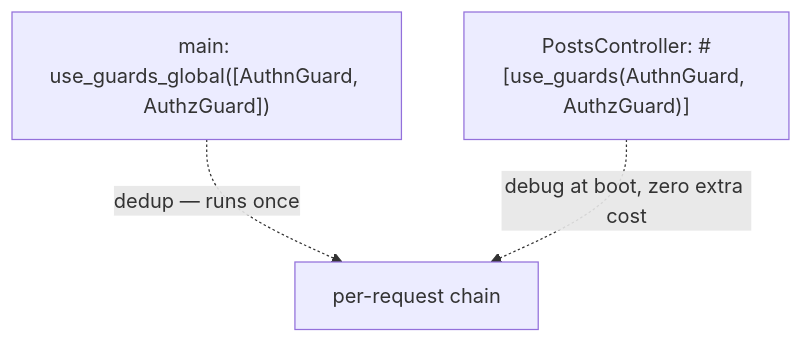
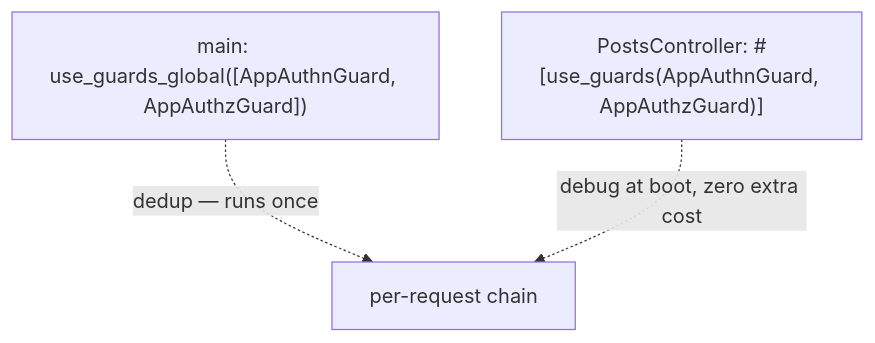
The fourth of 4 diagrams in docs/src/content/docs/fundamentals/guards.mdx (YV17labs/NestRS), drawn with Mermaid before and after one commit. The commit also changed other lines of this file and 84 other files, not shown here.

````diff
--- a/docs/src/content/docs/fundamentals/guards.mdx
+++ b/docs/src/content/docs/fundamentals/guards.mdx
@@ -373,7 +373,7 @@
 ```mermaid
 flowchart TB
-  MAIN["main: use_guards_global([AuthnGuard, AuthzGuard])"]
-  PC["PostsController: #[use_guards(AuthnGuard, AuthzGuard)]"]
+  MAIN["main: use_guards_global([AppAuthnGuard, AppAuthzGuard])"]
+  PC["PostsController: #[use_guards(AppAuthnGuard, AppAuthzGuard)]"]
   MAIN -. "dedup — runs once" .-> RUN[per-request chain]
   PC -. "debug at boot, zero extra cost" .-> RUN
 ```
````
